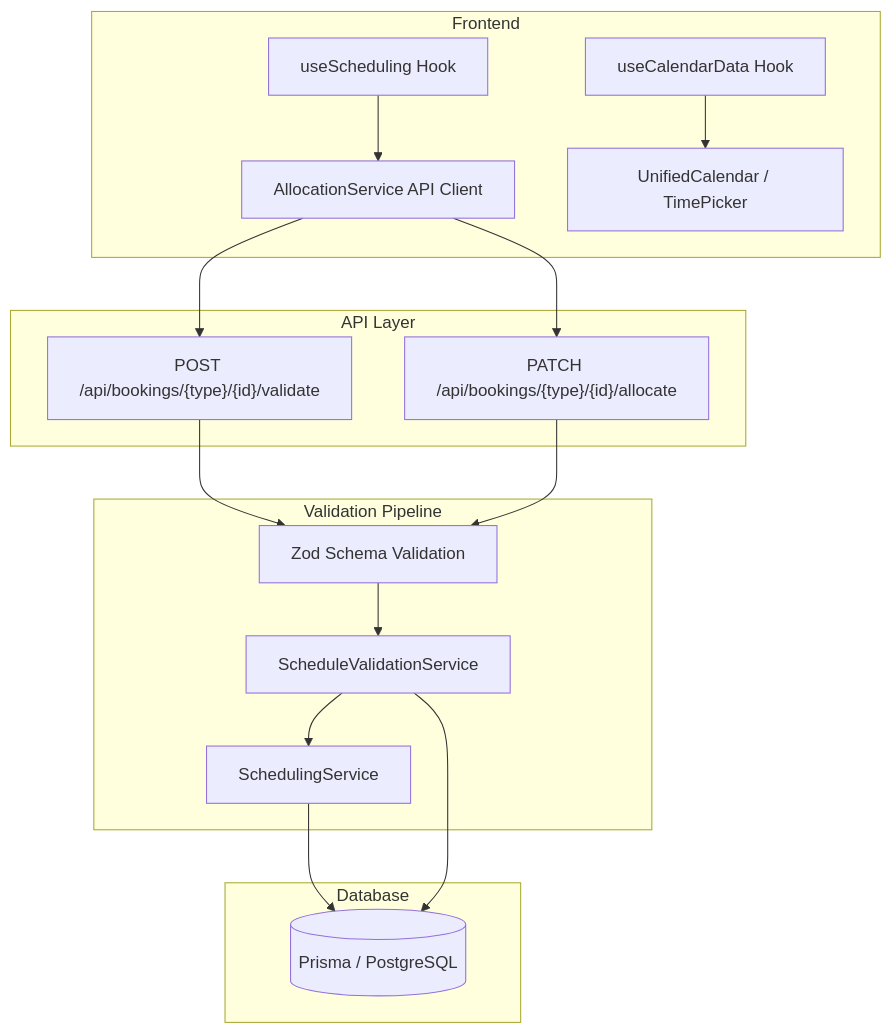
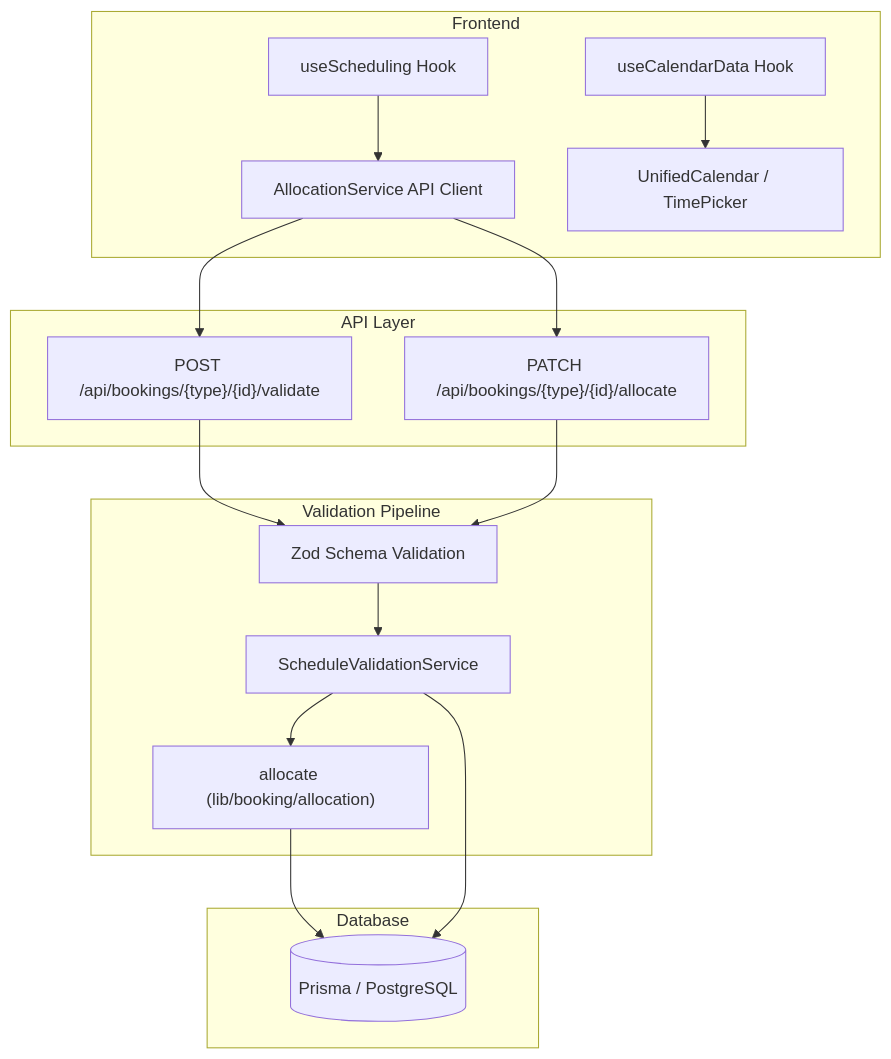
One commit to Practitionist/familiarise_web changed the diagram in docs/booking/README.md. Above: the diagram before and after it, drawn with Mermaid. The commit also changed other lines of this file and 78 other files, not shown here.

First line of the commit message:
docs(booking,payments): the docs and comments follow the allocation and checkout module split

````diff
--- a/docs/booking/README.md
+++ b/docs/booking/README.md
@@ -5,24 +5,24 @@
 ```mermaid
 graph TD
     subgraph Frontend
         A[useScheduling Hook] --> B[AllocationService API Client]
         C[useCalendarData Hook] --> D[UnifiedCalendar / TimePicker]
     end
 
     subgraph "API Layer"
         B --> E["POST /api/bookings/{type}/{id}/validate"]
         B --> F["PATCH /api/bookings/{type}/{id}/allocate"]
     end
 
     subgraph "Validation Pipeline"
         E --> G[Zod Schema Validation]
         F --> G
         G --> H[ScheduleValidationService]
-        H --> I[SchedulingService]
+        H --> I["allocate (lib/booking/allocation)"]
     end
 
     subgraph "Database"
         I --> J[(Prisma / PostgreSQL)]
         H --> J
     end
 ```
````
